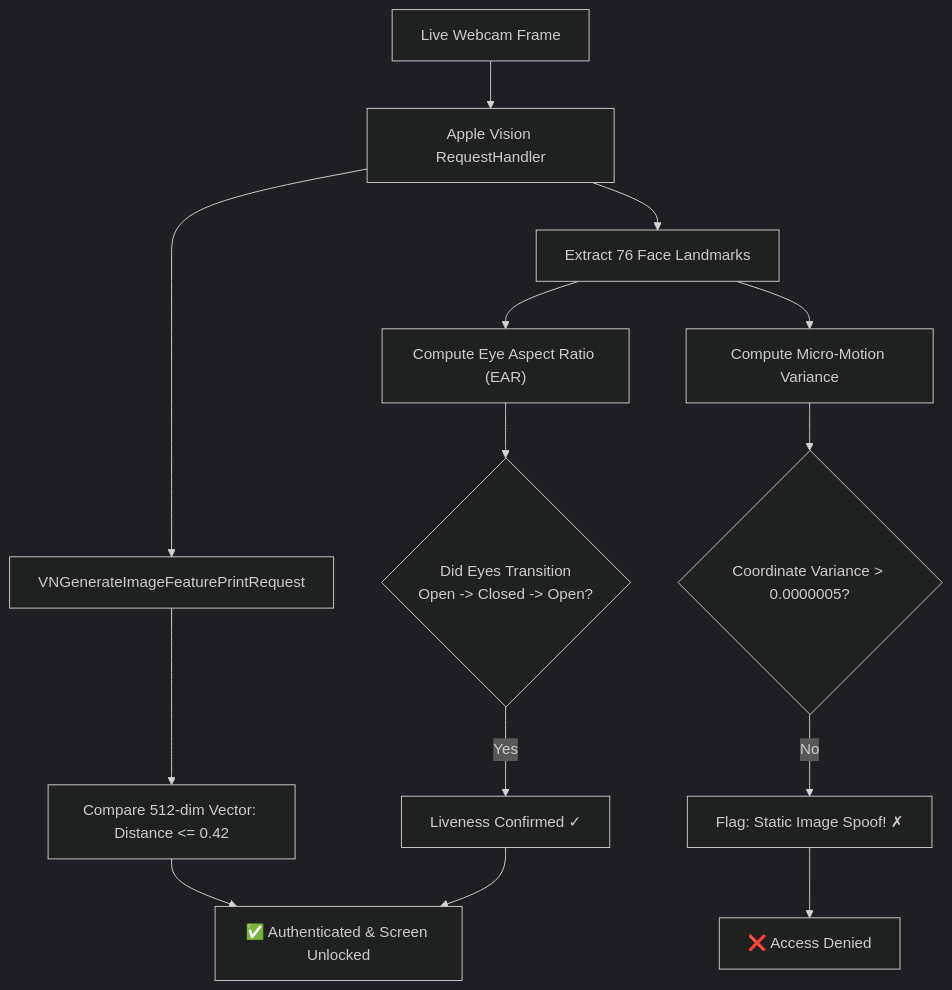
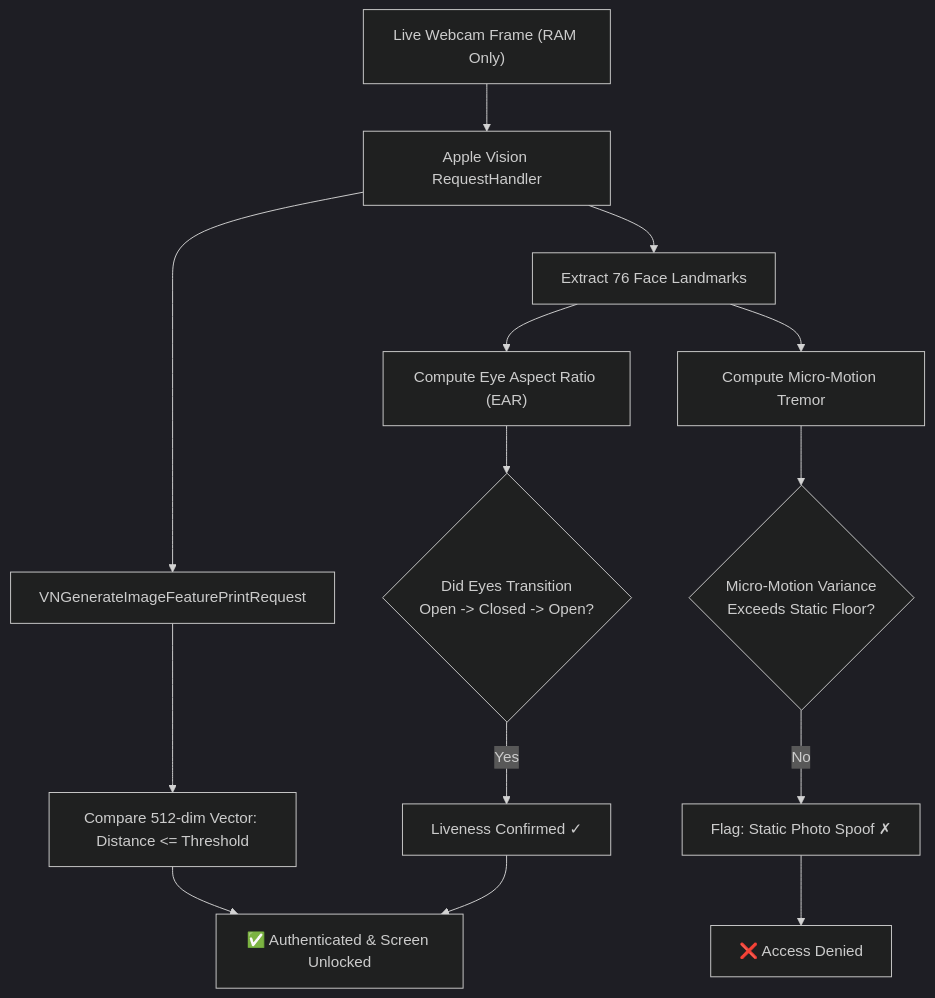
Before and after one commit to kobenguyent/GlanceID: the diagram in README.md, drawn with Mermaid (dark theme). The commit also changed other lines of this file, not shown here.

First line of the commit message:
Merge pull request #4 from thienng-it/docs/update-readme

````diff
--- a/README.md
+++ b/README.md
@@ -164,19 +177,19 @@
 ```mermaid
 flowchart TD
-    CameraFrame["Live Webcam Frame"] --> Vision["Apple Vision RequestHandler"]
+    CameraFrame["Live Webcam Frame (RAM Only)"] --> Vision["Apple Vision RequestHandler"]
     Vision --> ExtractLandmarks["Extract 76 Face Landmarks"]
     ExtractLandmarks --> EAR["Compute Eye Aspect Ratio (EAR)"]
-    ExtractLandmarks --> Tremor["Compute Micro-Motion Variance"]
+    ExtractLandmarks --> Tremor["Compute Micro-Motion Tremor"]
     
     EAR --> BlinkCheck{"Did Eyes Transition\nOpen -> Closed -> Open?"}
-    Tremor --> VarianceCheck{"Coordinate Variance > 0.0000005?"}
+    Tremor --> VarianceCheck{"Micro-Motion Variance\nExceeds Static Floor?"}
     
     BlinkCheck -- Yes --> LivenessOK["Liveness Confirmed ✓"]
-    VarianceCheck -- No --> SpoofAlert["Flag: Static Image Spoof! ✗"]
+    VarianceCheck -- No --> SpoofAlert["Flag: Static Photo Spoof ✗"]
     
     Vision --> FeaturePrint["VNGenerateImageFeaturePrintRequest"]
-    FeaturePrint --> VectorDistance["Compare 512-dim Vector: Distance <= 0.42"]
+    FeaturePrint --> VectorDistance["Compare 512-dim Vector: Distance <= Threshold"]
     
     VectorDistance & LivenessOK --> Authenticated["✅ Authenticated & Screen Unlocked"]
     SpoofAlert --> Denied["❌ Access Denied"]
 ```
````
